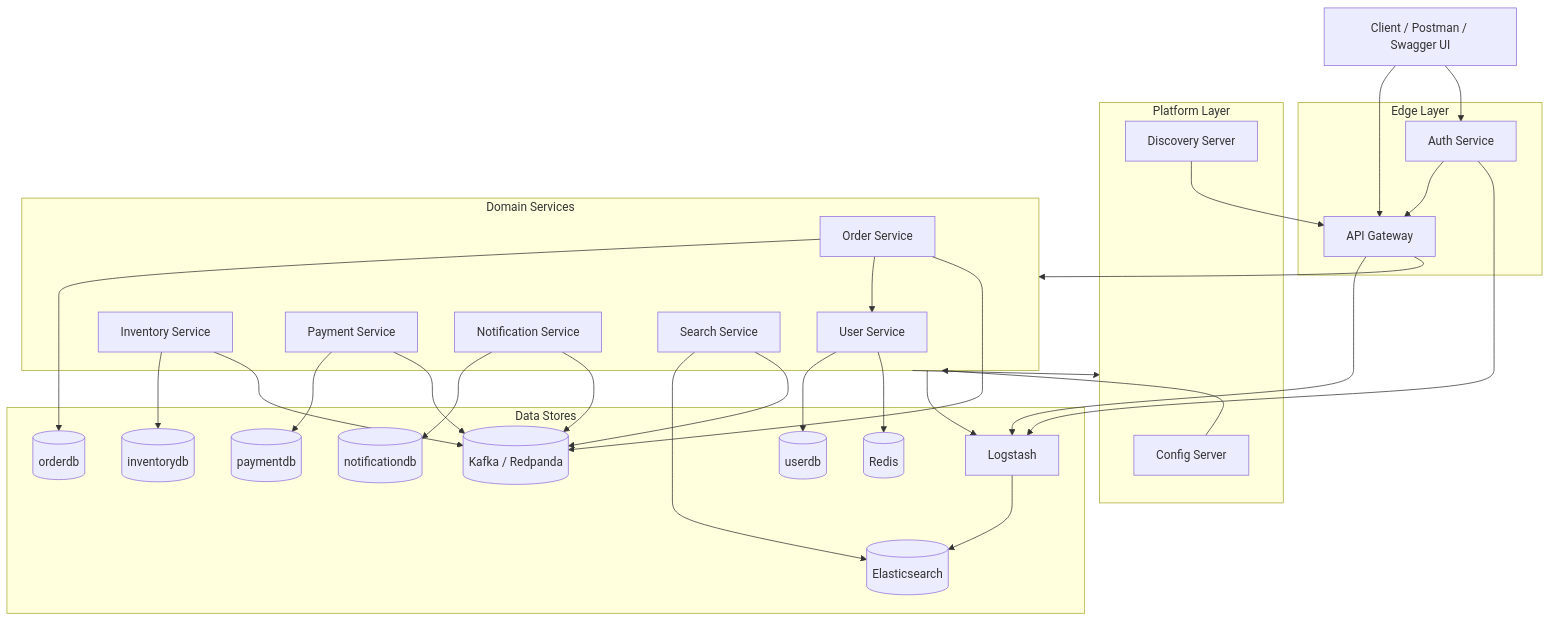
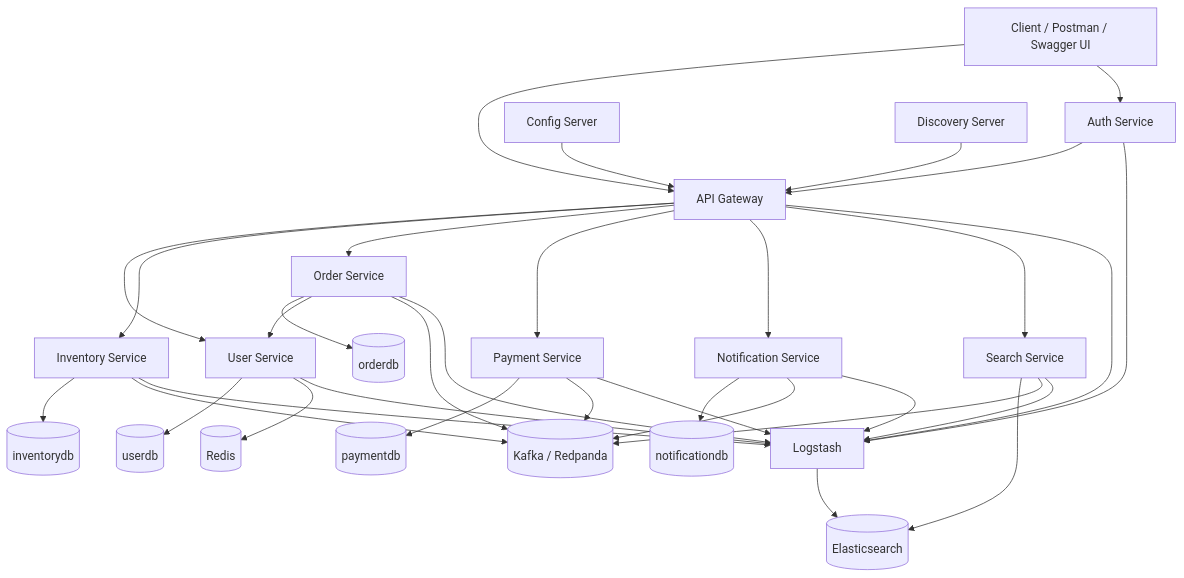
One commit to pramod4it/camp changed the first of 14 diagrams in README.md. Above: the diagram before and after it, drawn with Mermaid. The commit also changed other lines of this file, not shown here.

Commit message:
Simplify README deployment Mermaid diagrams

````diff
--- a/README.md
+++ b/README.md
@@ -26,63 +26,60 @@
 ```mermaid
 flowchart TB
     Client["Client / Postman / Swagger UI"]
-
-    subgraph Edge["Edge Layer"]
-        Gateway["API Gateway"]
-        Auth["Auth Service"]
-    end
-
-    subgraph Platform["Platform Layer"]
-        Config["Config Server"]
-        Eureka["Discovery Server"]
-    end
-
-    subgraph Domain["Domain Services"]
-        User["User Service"]
-        Inventory["Inventory Service"]
-        Order["Order Service"]
-        Payment["Payment Service"]
-        Notification["Notification Service"]
-        Search["Search Service"]
-    end
-
-    subgraph Data["Data Stores"]
-        UserDb[("userdb")]
-        InventoryDb[("inventorydb")]
-        OrderDb[("orderdb")]
-        PaymentDb[("paymentdb")]
-        NotificationDb[("notificationdb")]
-        Redis[("Redis")]
-        Kafka[("Kafka / Redpanda")]
-        Elastic[("Elasticsearch")]
-        Logstash["Logstash"]
-    end
+    Gateway["API Gateway"]
+    Auth["Auth Service"]
+    Config["Config Server"]
+    Eureka["Discovery Server"]
+    User["User Service"]
+    Inventory["Inventory Service"]
+    Order["Order Service"]
+    Payment["Payment Service"]
+    Notification["Notification Service"]
+    Search["Search Service"]
+    UserDb[("userdb")]
+    InventoryDb[("inventorydb")]
+    OrderDb[("orderdb")]
+    PaymentDb[("paymentdb")]
+    NotificationDb[("notificationdb")]
+    Redis[("Redis")]
+    Kafka[("Kafka / Redpanda")]
+    Elastic[("Elasticsearch")]
+    Logstash["Logstash"]
 
     Client --> Gateway
     Client --> Auth
-    Gateway --> Domain
+    Gateway --> User
+    Gateway --> Inventory
+    Gateway --> Order
+    Gateway --> Payment
+    Gateway --> Notification
+    Gateway --> Search
     Auth --> Gateway
-    Domain --> Platform
-    Config --> Domain
+    Config --> Gateway
     Eureka --> Gateway
 
     User --> UserDb
     User --> Redis
     Inventory --> InventoryDb
     Order --> OrderDb
     Payment --> PaymentDb
     Notification --> NotificationDb
     Search --> Elastic
 
     Order --> User
     Order --> Kafka
     Inventory --> Kafka
     Payment --> Kafka
     Notification --> Kafka
     Search --> Kafka
 
-    Domain --> Logstash
+    User --> Logstash
+    Inventory --> Logstash
+    Order --> Logstash
+    Payment --> Logstash
+    Notification --> Logstash
+    Search --> Logstash
     Gateway --> Logstash
     Auth --> Logstash
     Logstash --> Elastic
 ```
````
